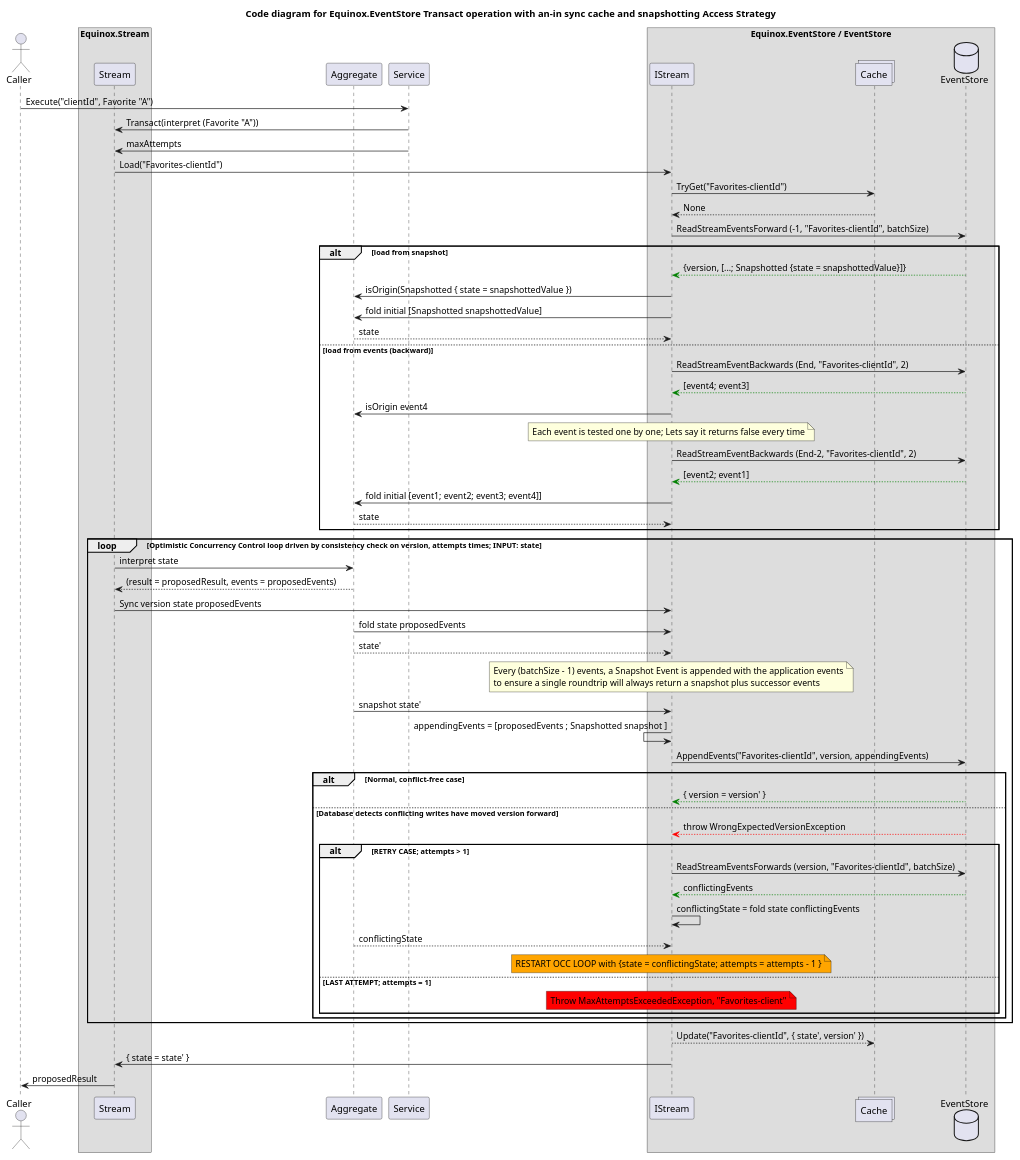
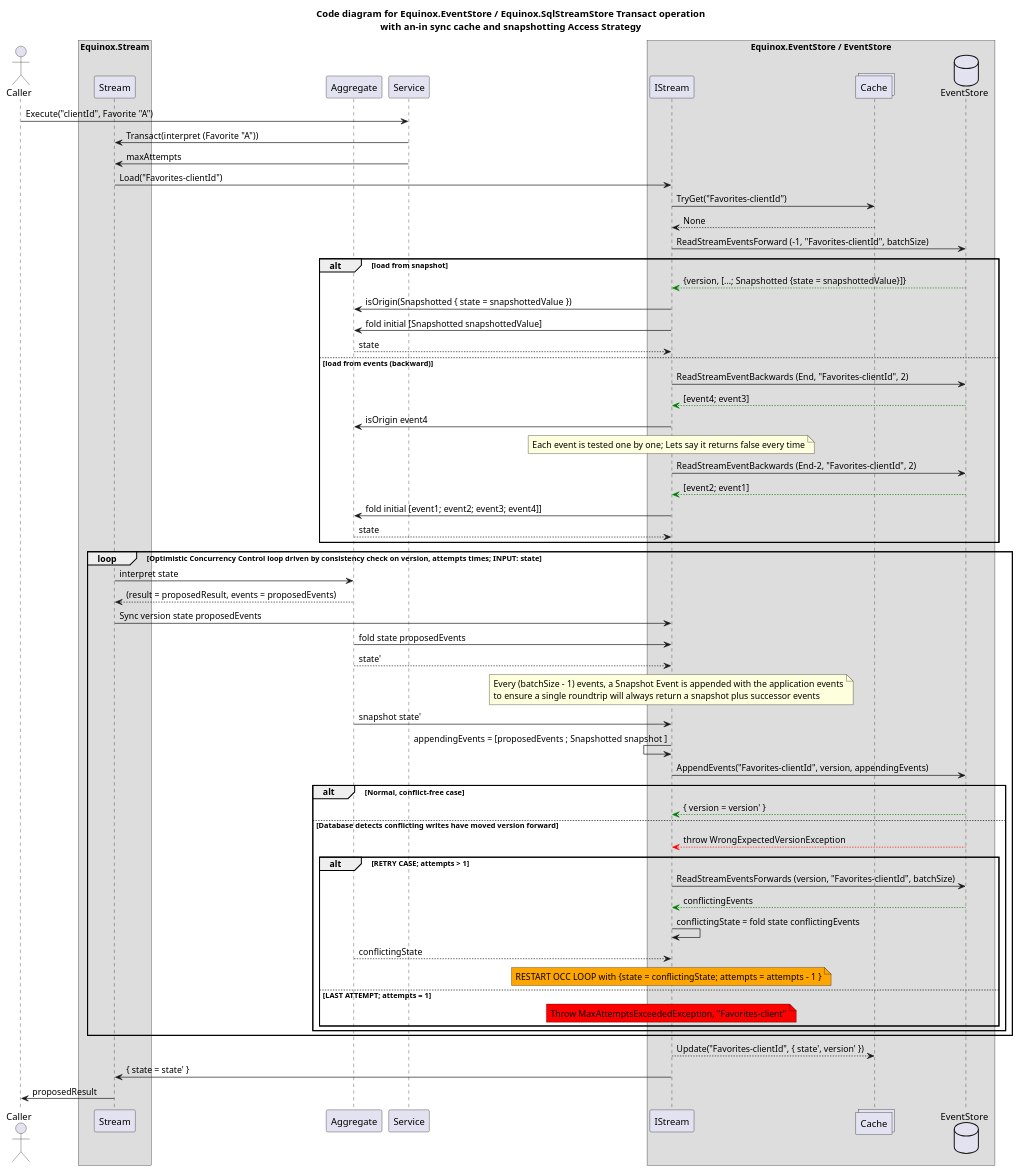
The second of 4 diagrams in diagrams/EventStoreCode.puml (jet/equinox), drawn with PlantUML before and after one commit. The commit also changed other lines of this file and 1 other file, not shown here.

Commit message:
Mention SqlStreamStore in diagrams

```diff
--- a/diagrams/EventStoreCode.puml
+++ b/diagrams/EventStoreCode.puml
@@ -33,66 +33,66 @@
 @startuml
-title Code diagram for Equinox.EventStore Transact operation with an-in sync cache and snapshotting Access Strategy
+title Code diagram for Equinox.EventStore / Equinox.SqlStreamStore Transact operation\nwith an-in sync cache and snapshotting Access Strategy
 
 actor Caller order 20
 box "Equinox.Stream"
     participant Stream order 40
 end box
 participant Aggregate order 50
 participant Service order 60
 box "Equinox.EventStore / EventStore"
   participant IStream order 80
   collections Cache order 90
   database EventStore order 100
 end box
 
 Caller -> Service: Execute("clientId", Favorite "A")
 Service -> Stream: Transact(interpret (Favorite "A"))
 Service -> Stream: maxAttempts
 Stream -> IStream: Load("Favorites-clientId")
 IStream -> Cache: TryGet("Favorites-clientId")
 Cache --> IStream: None
 IStream -> EventStore: ReadStreamEventsForward (-1, "Favorites-clientId", batchSize)
 alt load from snapshot
   EventStore -[#green]-> IStream: {version, [...; Snapshotted {state = snapshottedValue}]}
   IStream -> Aggregate: isOrigin(Snapshotted { state = snapshottedValue })
   IStream -> Aggregate: fold initial [Snapshotted snapshottedValue]
   Aggregate --> IStream: state
 else load from events (backward)
   IStream -> EventStore:  ReadStreamEventBackwards (End, "Favorites-clientId", 2)
   EventStore -[#green]-> IStream: [event4; event3]
   IStream -> Aggregate: isOrigin event4
   note over IStream: Each event is tested one by one; Lets say it returns false every time
   IStream -> EventStore:  ReadStreamEventBackwards (End-2, "Favorites-clientId", 2)
   EventStore -[#green]-> IStream: [event2; event1] 
   IStream -> Aggregate: fold initial [event1; event2; event3; event4]]
   Aggregate --> IStream: state
 end // initial stream load cases
 loop Optimistic Concurrency Control loop driven by consistency check on version, attempts times; INPUT: state
 Stream -> Aggregate: interpret state
 Aggregate --> Stream: (result = proposedResult, events = proposedEvents)
 Stream -> IStream: Sync version state proposedEvents
 IStream <- Aggregate: fold state proposedEvents
 Aggregate --> IStream: state'
 note over IStream: Every (batchSize - 1) events, a Snapshot Event is appended with the application events\nto ensure a single roundtrip will always return a snapshot plus successor events
 IStream <- Aggregate: snapshot state'
 IStream <- IStream: appendingEvents = [proposedEvents ; Snapshotted snapshot ]
 IStream -> EventStore: AppendEvents("Favorites-clientId", version, appendingEvents)
 alt Normal, conflict-free case
 EventStore -[#green]-> IStream: { version = version' }
 else Database detects conflicting writes have moved version forward
 EventStore -[#red]-> IStream: throw WrongExpectedVersionException
 alt RETRY CASE; attempts > 1
 IStream -> EventStore:  ReadStreamEventsForwards (version, "Favorites-clientId", batchSize)
 EventStore -[#green]-> IStream: conflictingEvents
 IStream -> IStream: conflictingState = fold state conflictingEvents
 Aggregate --> IStream: conflictingState
 note over IStream #orange: RESTART OCC LOOP with {state = conflictingState; attempts = attempts - 1 }
 else LAST ATTEMPT; attempts = 1
 note over IStream #red: Throw MaxAttemptsExceededException, "Favorites-client"
 end // alt throw
 end // alt ok or conflict
 end // loop
 IStream --> Cache: Update("Favorites-clientId", { state', version' })
 IStream -> Stream: { state = state' }
 Stream -> Caller: proposedResult
 @enduml
```
